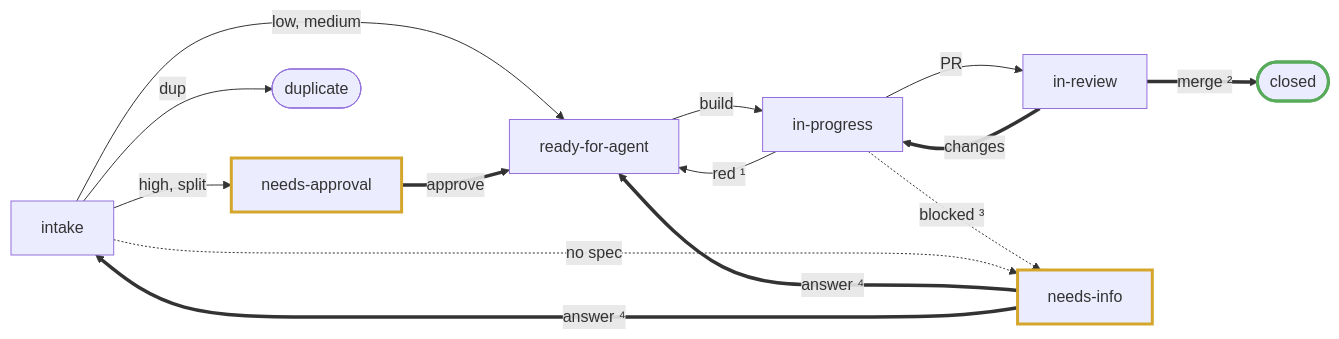
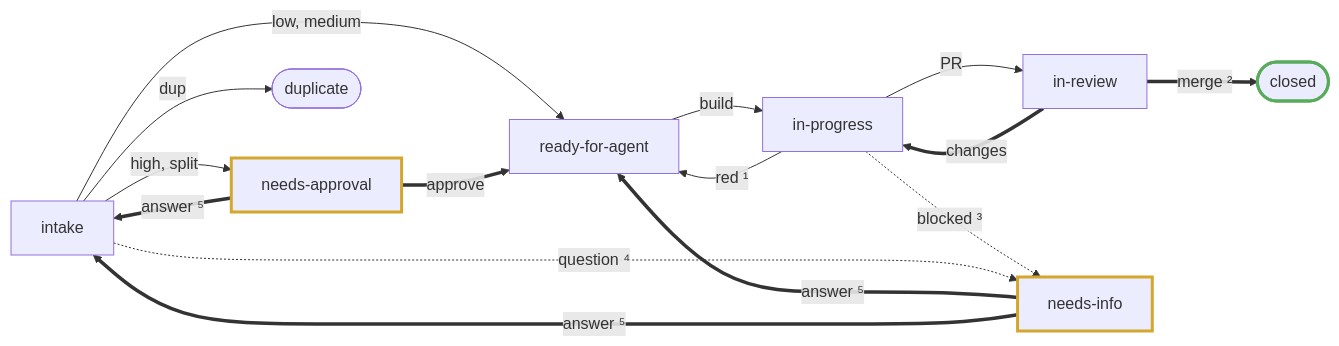
Before and after one commit to dvalnn/maestro: the first of 5 diagrams in docs/agents/factory.md, drawn with Mermaid. The commit also changed other lines of this file and 13 other files, not shown here.

````diff
--- a/docs/agents/factory.md
+++ b/docs/agents/factory.md
@@ -11,30 +11,31 @@
 ```mermaid
 flowchart LR
     IN["intake"]
     GATE["needs-approval"]
     Q["ready-for-agent"]
     B["in-progress"]
     R["in-review"]
     D(["closed"])
     DUP(["duplicate"])
     NI["needs-info"]
 
     IN -->|"low, medium"| Q
     IN -->|"high, split"| GATE
     IN -->|dup| DUP
     GATE ==>|approve| Q
     Q -->|build| B
     B -->|PR| R
     B -->|"red ¹"| Q
     R ==>|"merge ²"| D
     R ==>|changes| B
     B -.->|"blocked ³"| NI
-    IN -.->|"no spec"| NI
-    NI ==>|"answer ⁴"| Q
-    NI ==>|"answer ⁴"| IN
+    IN -.->|"question ⁴"| NI
+    NI ==>|"answer ⁵"| Q
+    NI ==>|"answer ⁵"| IN
+    GATE ==>|"answer ⁵"| IN
 
     classDef owner stroke:#d4a72c,stroke-width:3px
     classDef done stroke:#57ab5a,stroke-width:3px
     class GATE,NI owner
     class D done
 ```
````
